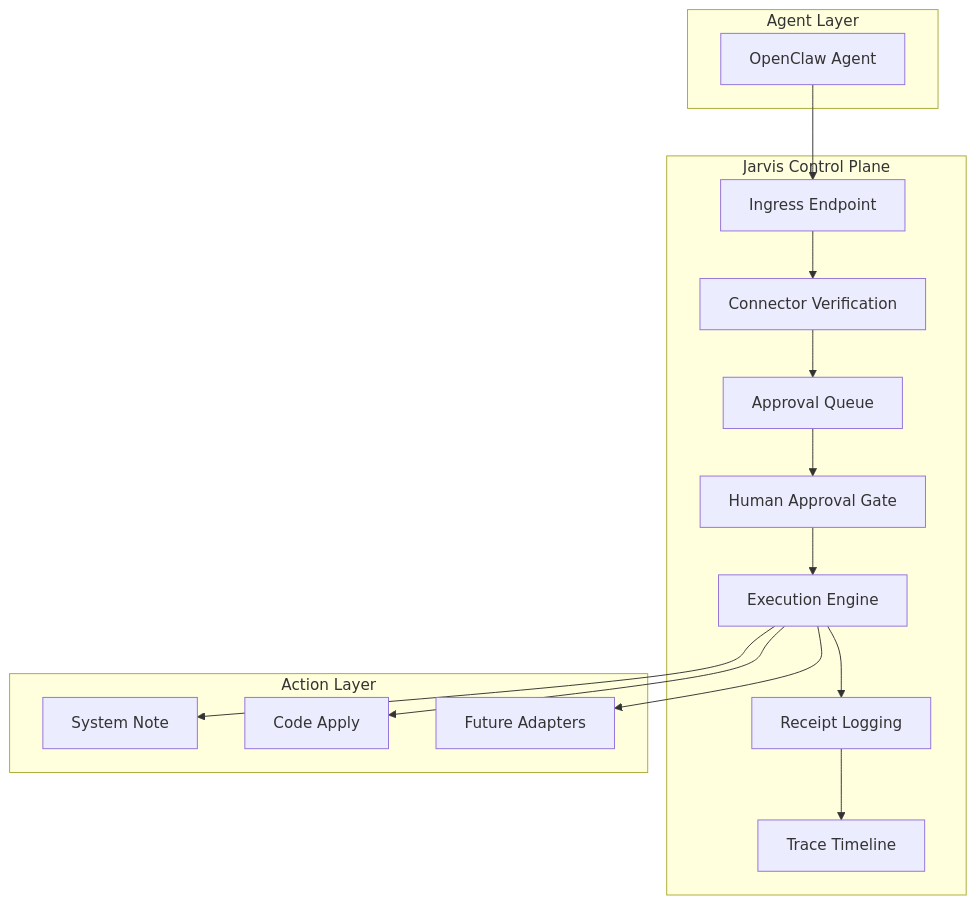
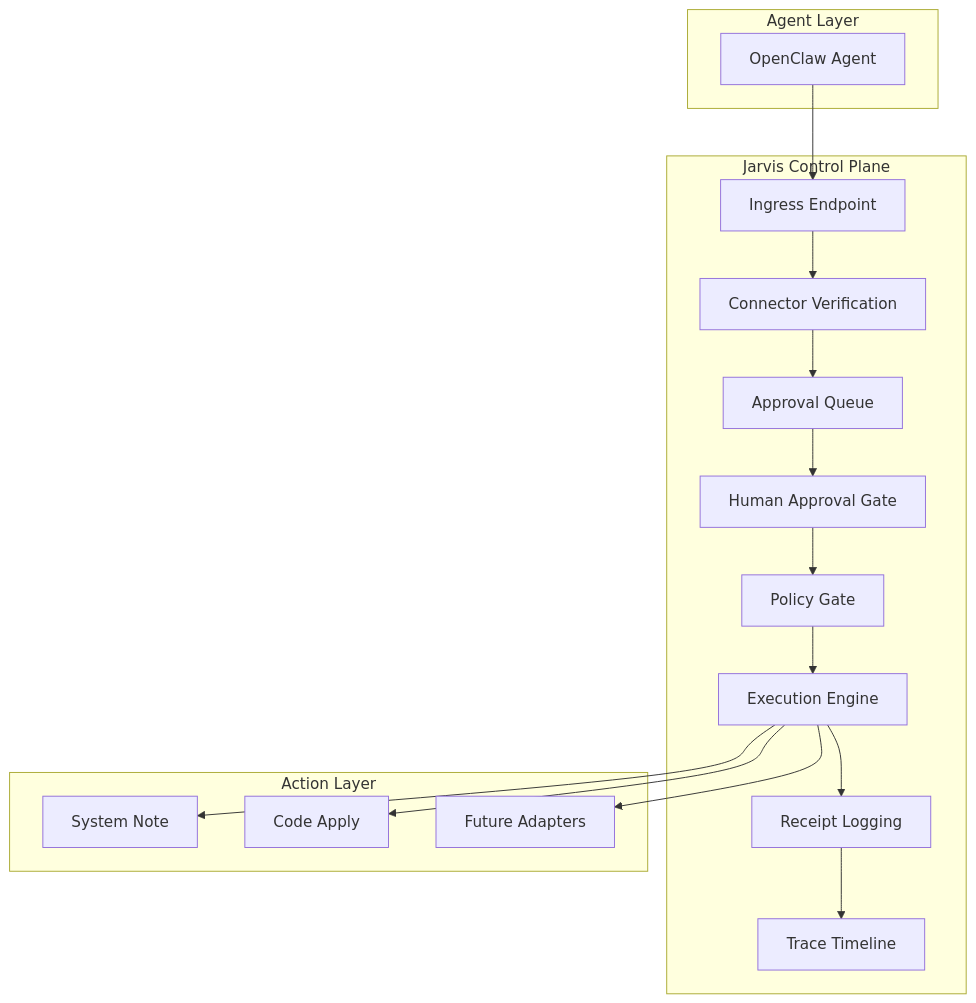
Before and after one commit to GitBenTank/jarvis-hud: the first of 2 diagrams in docs/architecture/control-plane.md, drawn with Mermaid. The commit also changed other lines of this file and 1 other file, not shown here.

First line of the commit message:
docs: add policy layer to architecture — gate before execution

````diff
--- a/docs/architecture/control-plane.md
+++ b/docs/architecture/control-plane.md
@@ -21,33 +21,35 @@
 ```mermaid
 flowchart TD
     subgraph AgentLayer[Agent Layer]
         A1[OpenClaw Agent]
     end
 
     subgraph ControlPlane[Jarvis Control Plane]
         B1[Ingress Endpoint]
         B2[Connector Verification]
         B3[Approval Queue]
         B4[Human Approval Gate]
+        B4a[Policy Gate]
         B5[Execution Engine]
         B6[Receipt Logging]
         B7[Trace Timeline]
     end
 
     subgraph ActionLayer[Action Layer]
         C1[System Note]
         C2[Code Apply]
         C3[Future Adapters]
     end
 
     A1 --> B1
     B1 --> B2
     B2 --> B3
     B3 --> B4
-    B4 --> B5
+    B4 --> B4a
+    B4a --> B5
     B5 --> C1
     B5 --> C2
     B5 --> C3
     B5 --> B6
     B6 --> B7
 ```
````
